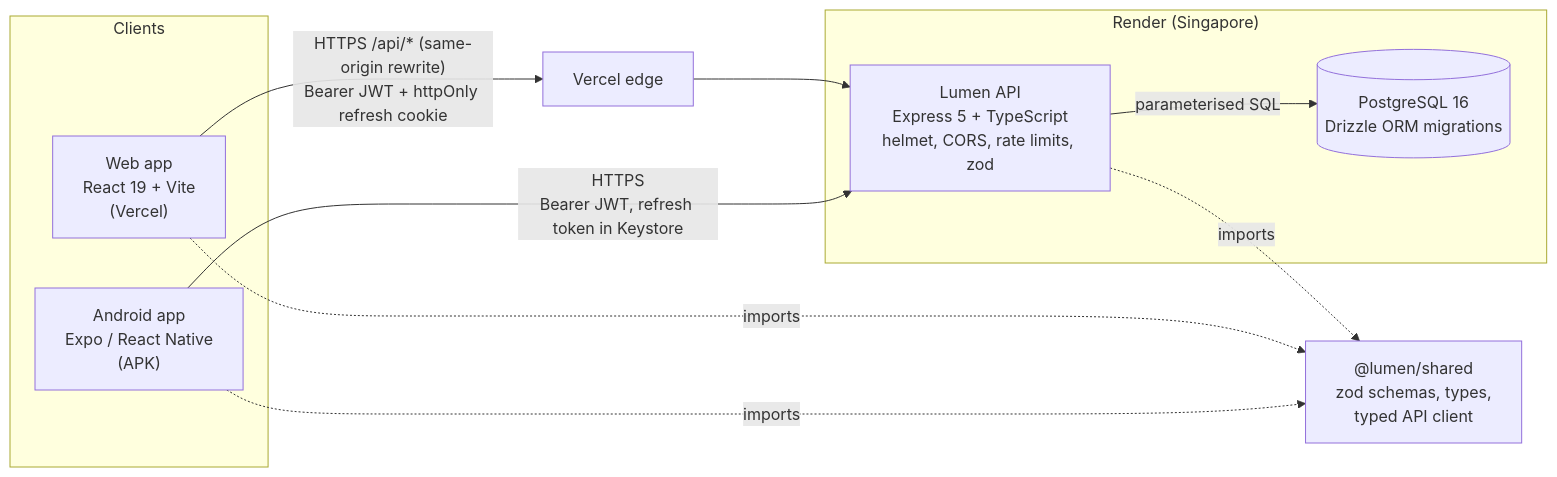
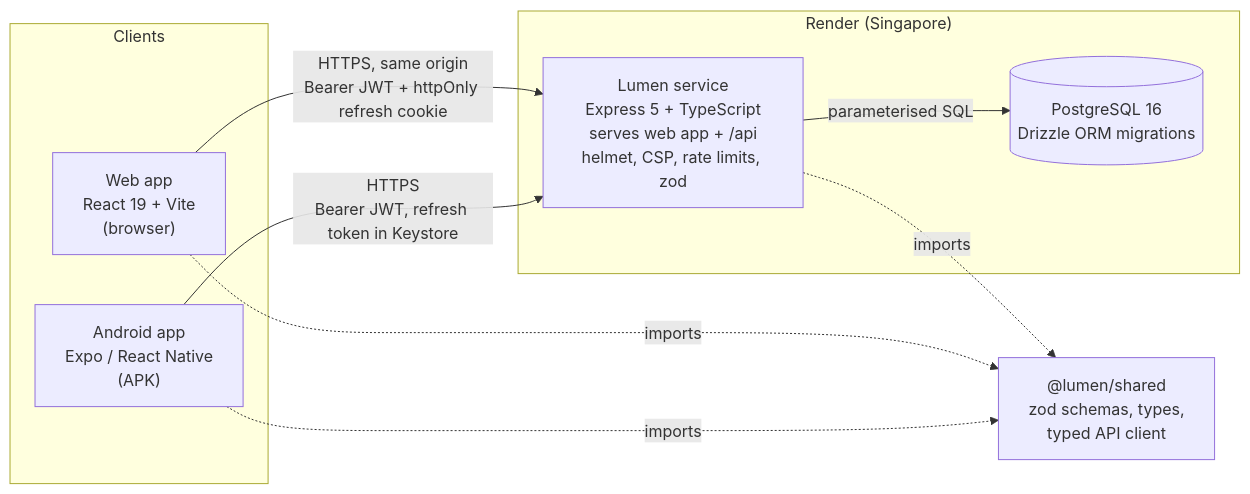
Before and after one commit to RaktimChandra/lumen: the diagram in docs/architecture.mmd, drawn with Mermaid. The commit also changed 4 other files, not shown here.

First line of the commit message:
docs: describe the single-origin Render deployment in architecture and security notes

```diff
--- a/docs/architecture.mmd
+++ b/docs/architecture.mmd
@@ -1,17 +1,16 @@
 flowchart LR
     subgraph Clients
-        W["Web app<br/>React 19 + Vite<br/>(Vercel)"]
+        W["Web app<br/>React 19 + Vite<br/>(browser)"]
         M["Android app<br/>Expo / React Native<br/>(APK)"]
     end
     S["@lumen/shared<br/>zod schemas, types,<br/>typed API client"]
     W -. imports .-> S
     M -. imports .-> S
-    W -- "HTTPS /api/* (same-origin rewrite)<br/>Bearer JWT + httpOnly refresh cookie" --> V["Vercel edge"]
-    V --> A
+    W -- "HTTPS, same origin<br/>Bearer JWT + httpOnly refresh cookie" --> A
     M -- "HTTPS<br/>Bearer JWT, refresh token in Keystore" --> A
     subgraph Render["Render (Singapore)"]
-        A["Lumen API<br/>Express 5 + TypeScript<br/>helmet, CORS, rate limits, zod"]
+        A["Lumen service<br/>Express 5 + TypeScript<br/>serves web app + /api<br/>helmet, CSP, rate limits, zod"]
         D[("PostgreSQL 16<br/>Drizzle ORM migrations")]
     end
     A -. imports .-> S
     A -- "parameterised SQL" --> D
```
